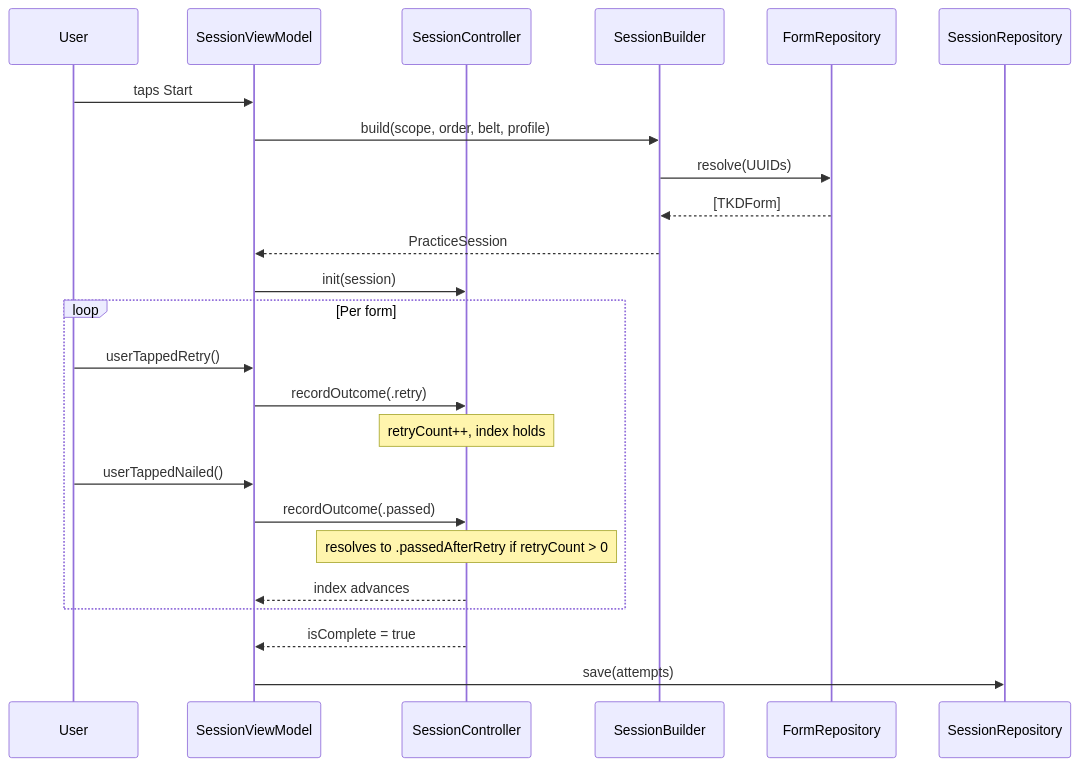
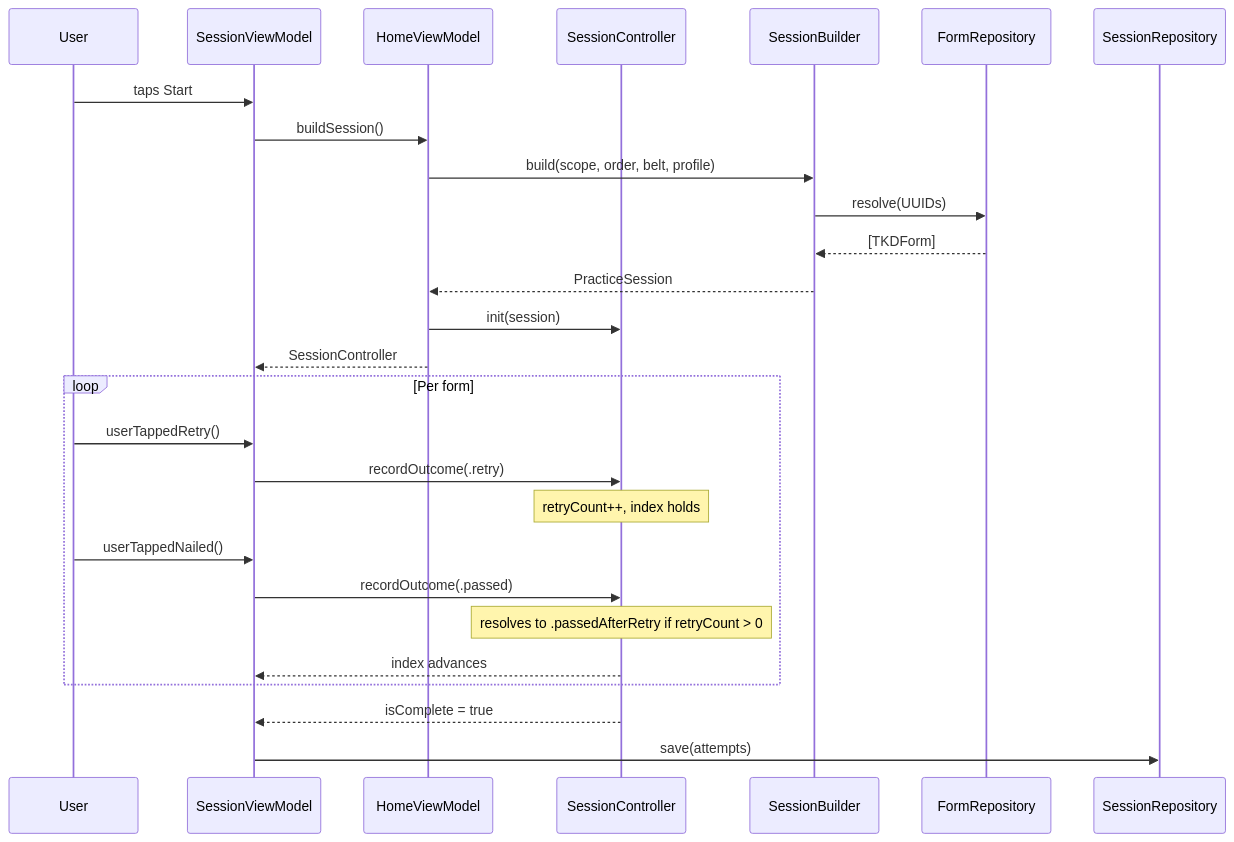
Before and after one commit to rclecha/PoomsaeFlow: the third of 5 diagrams in ARCHITECTURE.md, drawn with Mermaid. The commit also changed other lines of this file and 3 other files, not shown here.

First line of the commit message:
docs: post-v1.0 audit — update CLAUDE.md, ARCHITECTURE.md, IMPLEMENTATION_PLAN.md, README.md

````diff
--- a/ARCHITECTURE.md
+++ b/ARCHITECTURE.md
@@ -78,30 +79,33 @@
 ```mermaid
 sequenceDiagram
     participant User
     participant SessionViewModel
+    participant HomeViewModel
     participant SessionController
     participant SessionBuilder
     participant FormRepository
     participant SessionRepository
 
     User->>SessionViewModel: taps Start
-    SessionViewModel->>SessionBuilder: build(scope, order, belt, profile)
+    SessionViewModel->>HomeViewModel: buildSession()
+    HomeViewModel->>SessionBuilder: build(scope, order, belt, profile)
     SessionBuilder->>FormRepository: resolve(UUIDs)
     FormRepository-->>SessionBuilder: [TKDForm]
-    SessionBuilder-->>SessionViewModel: PracticeSession
-    SessionViewModel->>SessionController: init(session)
+    SessionBuilder-->>HomeViewModel: PracticeSession
+    HomeViewModel->>SessionController: init(session)
+    HomeViewModel-->>SessionViewModel: SessionController
 
     loop Per form
         User->>SessionViewModel: userTappedRetry()
         SessionViewModel->>SessionController: recordOutcome(.retry)
         Note over SessionController: retryCount++, index holds
 
         User->>SessionViewModel: userTappedNailed()
         SessionViewModel->>SessionController: recordOutcome(.passed)
         Note over SessionController: resolves to .passedAfterRetry if retryCount > 0
         SessionController-->>SessionViewModel: index advances
     end
 
     SessionController-->>SessionViewModel: isComplete = true
     SessionViewModel->>SessionRepository: save(attempts)
 ```
````
